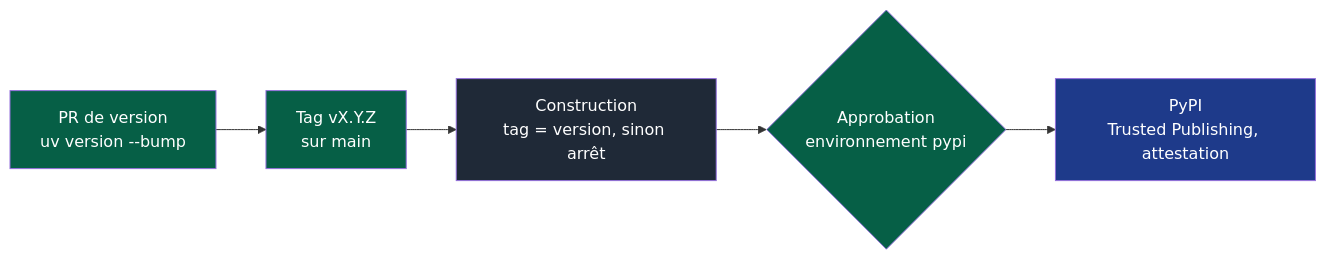
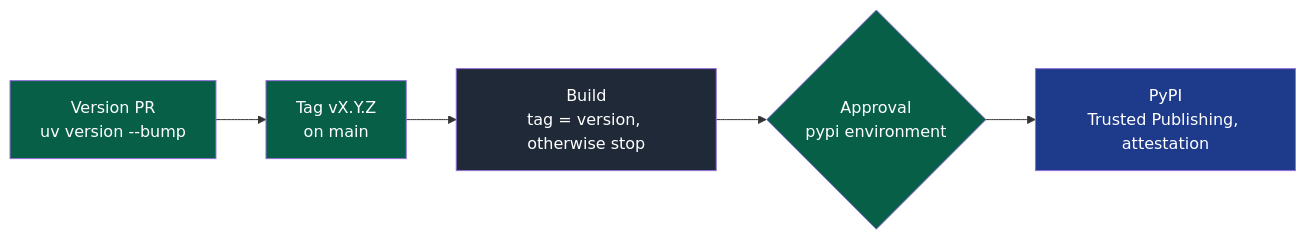
Before and after one commit to NapkinStack/engineering-os: the second of 2 diagrams in CONTRIBUTING.md, drawn with Mermaid. The commit also changed other lines of this file and 34 other files, not shown here.

````diff
--- a/CONTRIBUTING.md
+++ b/CONTRIBUTING.md
@@ -42,11 +42,11 @@
 ```mermaid
 flowchart LR
-    V["PR de version<br/>uv version --bump"]:::humain --> T["Tag vX.Y.Z<br/>sur main"]:::humain
-    T --> C["Construction<br/>tag = version, sinon arrêt"]:::ci
-    C --> A{"Approbation<br/>environnement pypi"}:::humain
+    V["Version PR<br/>uv version --bump"]:::human --> T["Tag vX.Y.Z<br/>on main"]:::human
+    T --> C["Build<br/>tag = version, otherwise stop"]:::ci
+    C --> A{"Approval<br/>pypi environment"}:::human
     A --> P["PyPI<br/>Trusted Publishing, attestation"]:::pypi
 
-    classDef humain fill:#065f46,color:#fff
+    classDef human fill:#065f46,color:#fff
     classDef ci fill:#1f2937,color:#fff
     classDef pypi fill:#1e3a8a,color:#fff
 ```
````
